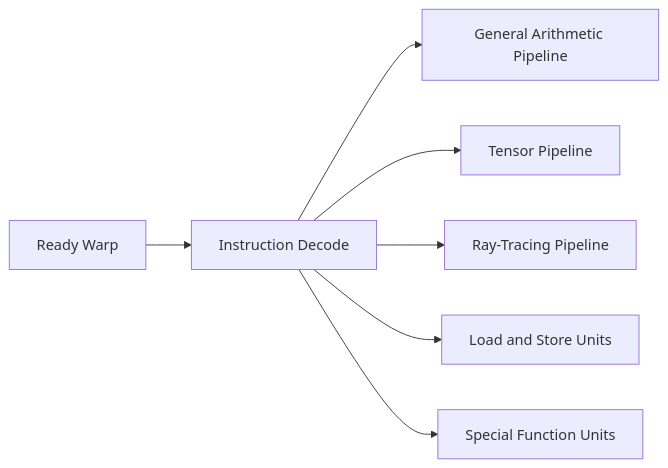
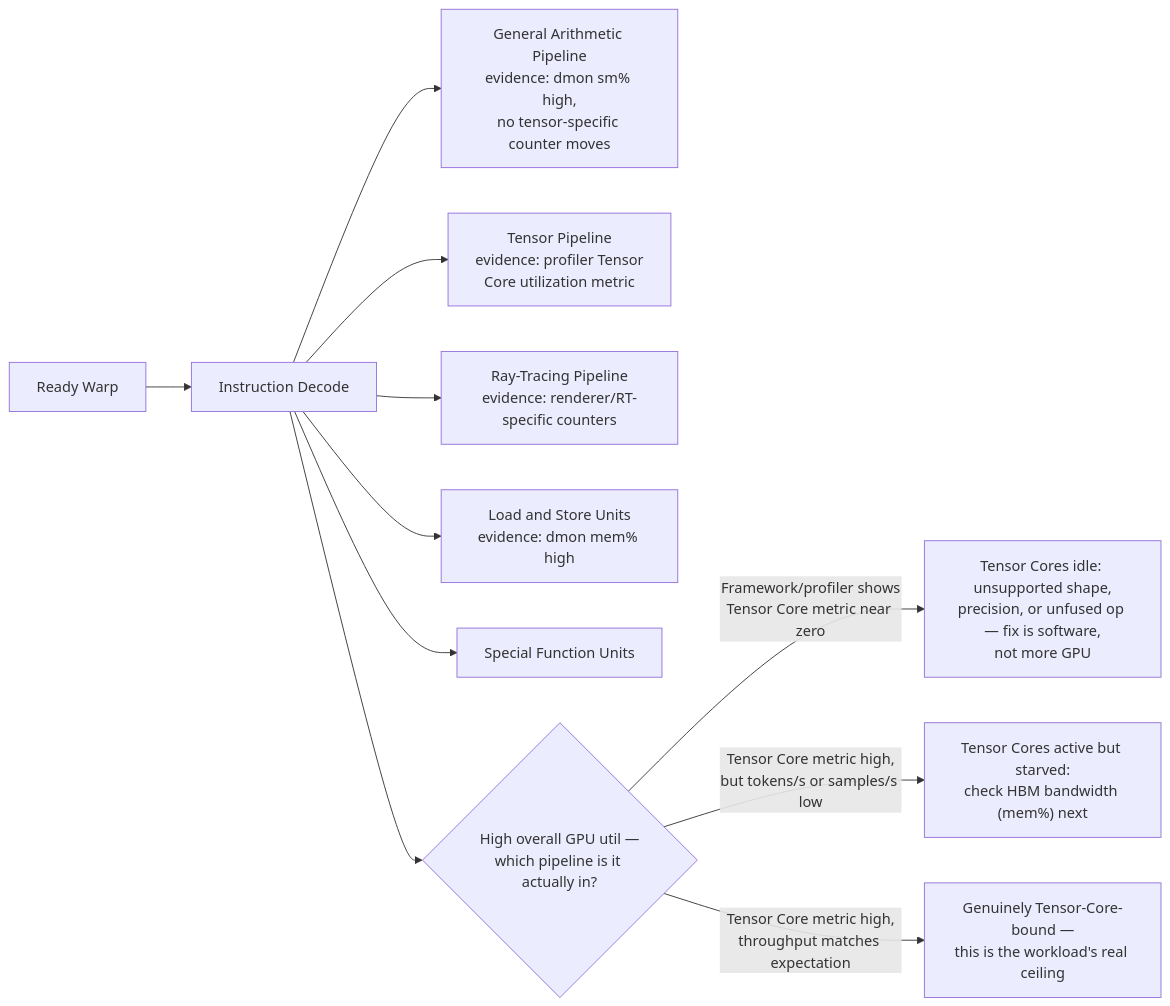
One commit to jithinpnjm/nvidia-devops changed the first of 4 diagrams in docs/nvidia-zero-to-hero/volume-02/chapter-04-cuda-cores-tensor-cores-and-rt-cores.md. Above: the diagram before and after it, drawn with Mermaid. The commit also changed other lines of this file and 1 other file, not shown here.

````diff
--- a/docs/nvidia-zero-to-hero/volume-02/chapter-04-cuda-cores-tensor-cores-and-rt-cores.md
+++ b/docs/nvidia-zero-to-hero/volume-02/chapter-04-cuda-cores-tensor-cores-and-rt-cores.md
@@ -54,17 +54,21 @@
 ```mermaid
 flowchart LR
     Warp[Ready Warp]
     Decode[Instruction Decode]
-    FP[General Arithmetic Pipeline]
-    Tensor[Tensor Pipeline]
-    RT[Ray-Tracing Pipeline]
-    LSU[Load and Store Units]
+    FP["General Arithmetic Pipeline<br/>evidence: dmon sm% high,<br/>no tensor-specific counter moves"]
+    Tensor["Tensor Pipeline<br/>evidence: profiler Tensor<br/>Core utilization metric"]
+    RT["Ray-Tracing Pipeline<br/>evidence: renderer/RT-specific counters"]
+    LSU["Load and Store Units<br/>evidence: dmon mem% high"]
     SFU[Special Function Units]
 
     Warp --> Decode
     Decode --> FP
     Decode --> Tensor
     Decode --> RT
     Decode --> LSU
     Decode --> SFU
+    Decode --> Check{"High overall GPU util —<br/>which pipeline is it actually in?"}
+    Check -->|"Framework/profiler shows<br/>Tensor Core metric near zero"| Idle["Tensor Cores idle: unsupported shape,<br/>precision, or unfused op — fix is software,<br/>not more GPU"]
+    Check -->|"Tensor Core metric high,<br/>but tokens/s or samples/s low"| Fed["Tensor Cores active but starved:<br/>check HBM bandwidth (mem%) next"]
+    Check -->|"Tensor Core metric high,<br/>throughput matches expectation"| Good["Genuinely Tensor-Core-bound —<br/>this is the workload's real ceiling"]
 ```
````
